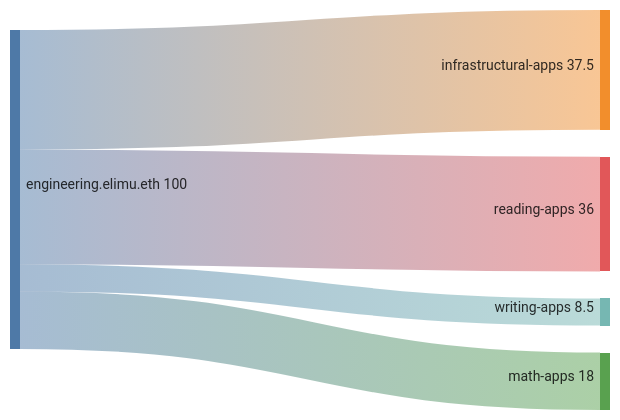
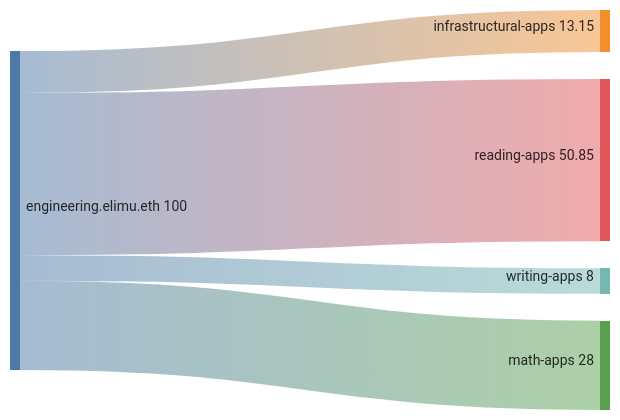
Before and after one commit to elimu-ai/web3-wiki: the second of 3 diagrams in DRIP_LIST_FUNDING_SPLITS.md, drawn with Mermaid.

````diff
--- a/DRIP_LIST_FUNDING_SPLITS.md
+++ b/DRIP_LIST_FUNDING_SPLITS.md
@@ -50,9 +50,9 @@
 ```mermaid
 sankey-beta
 
 %% source,target,value
-engineering.elimu.eth,infrastructural-apps,37.5
-engineering.elimu.eth,reading-apps,36
-engineering.elimu.eth,writing-apps,8.5
-engineering.elimu.eth,math-apps,18
+engineering.elimu.eth,infrastructural-apps,13.15
+engineering.elimu.eth,reading-apps,50.85
+engineering.elimu.eth,writing-apps,8
+engineering.elimu.eth,math-apps,28
 ```
````
